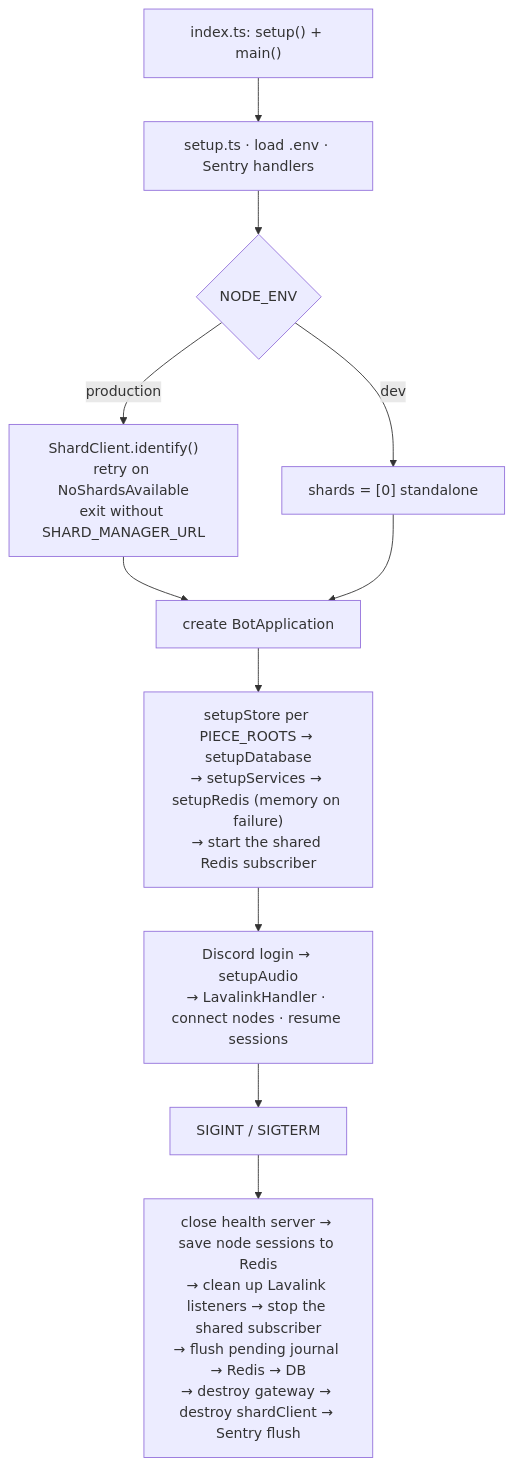
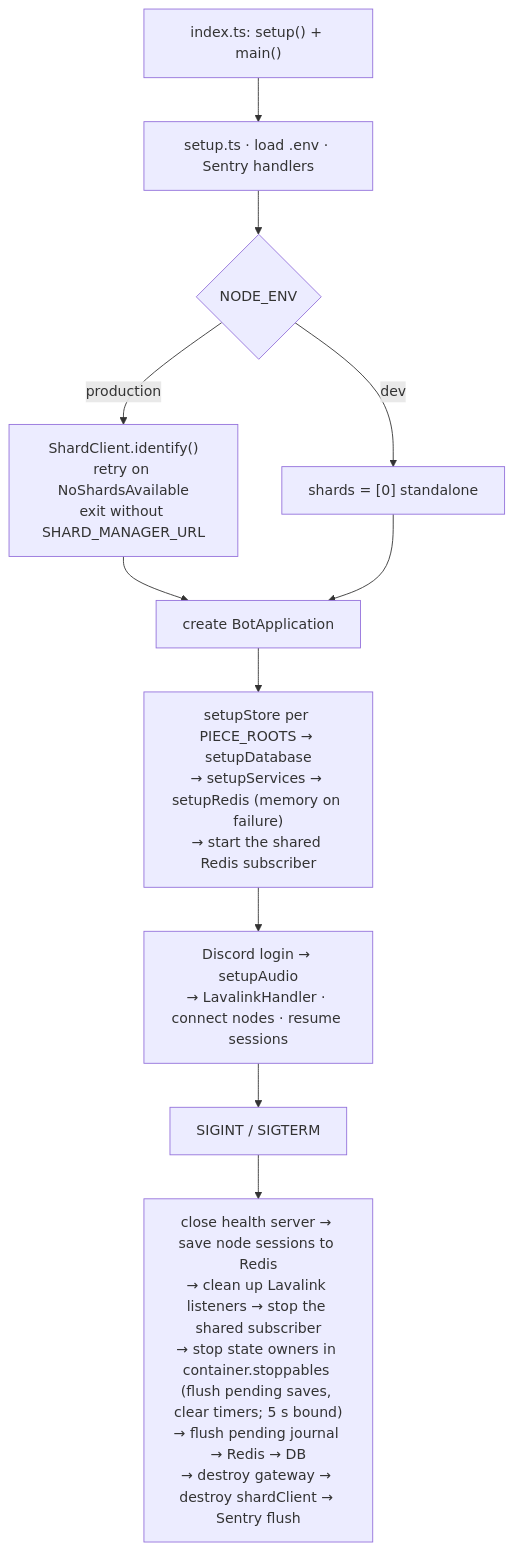
Before and after one commit to mochilabs/SiruBOT: the tenth of 10 diagrams in docs/architecture.md, drawn with Mermaid. The commit also changed other lines of this file and 3 other files, not shown here.

````diff
--- a/docs/architecture.md
+++ b/docs/architecture.md
@@ -462,13 +462,13 @@
 ```mermaid
 flowchart TD
     A["index.ts: setup() + main()"] --> B["setup.ts · load .env · Sentry handlers"]
     B --> C{"NODE_ENV"}
     C -->|production| D["ShardClient.identify()<br/>retry on NoShardsAvailable<br/>exit without SHARD_MANAGER_URL"]
     C -->|dev| E["shards = [0] standalone"]
     D --> F["create BotApplication"]
     E --> F
     F --> G["setupStore per PIECE_ROOTS → setupDatabase<br/>→ setupServices → setupRedis (memory on failure)<br/>→ start the shared Redis subscriber"]
     G --> H["Discord login → setupAudio<br/>→ LavalinkHandler · connect nodes · resume sessions"]
     H --> I["SIGINT / SIGTERM"]
-    I --> N["close health server → save node sessions to Redis<br/>→ clean up Lavalink listeners → stop the shared subscriber<br/>→ flush pending journal → Redis → DB<br/>→ destroy gateway → destroy shardClient → Sentry flush"]
+    I --> N["close health server → save node sessions to Redis<br/>→ clean up Lavalink listeners → stop the shared subscriber<br/>→ stop state owners in container.stoppables (flush pending saves, clear timers; 5 s bound)<br/>→ flush pending journal → Redis → DB<br/>→ destroy gateway → destroy shardClient → Sentry flush"]
 ```
````
